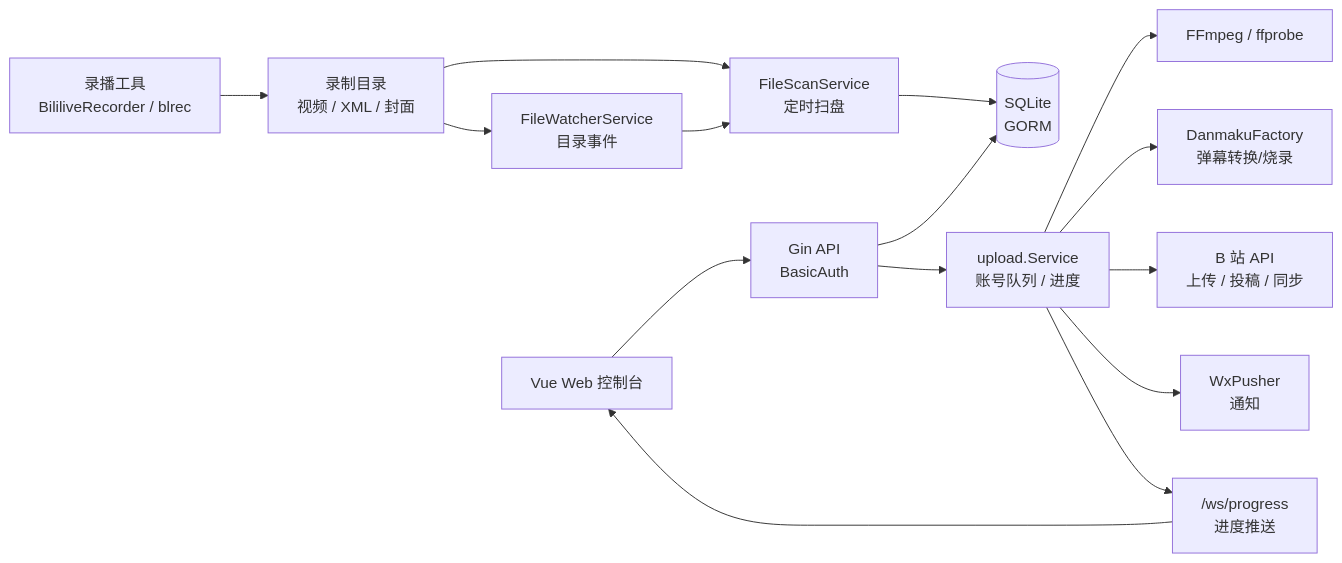
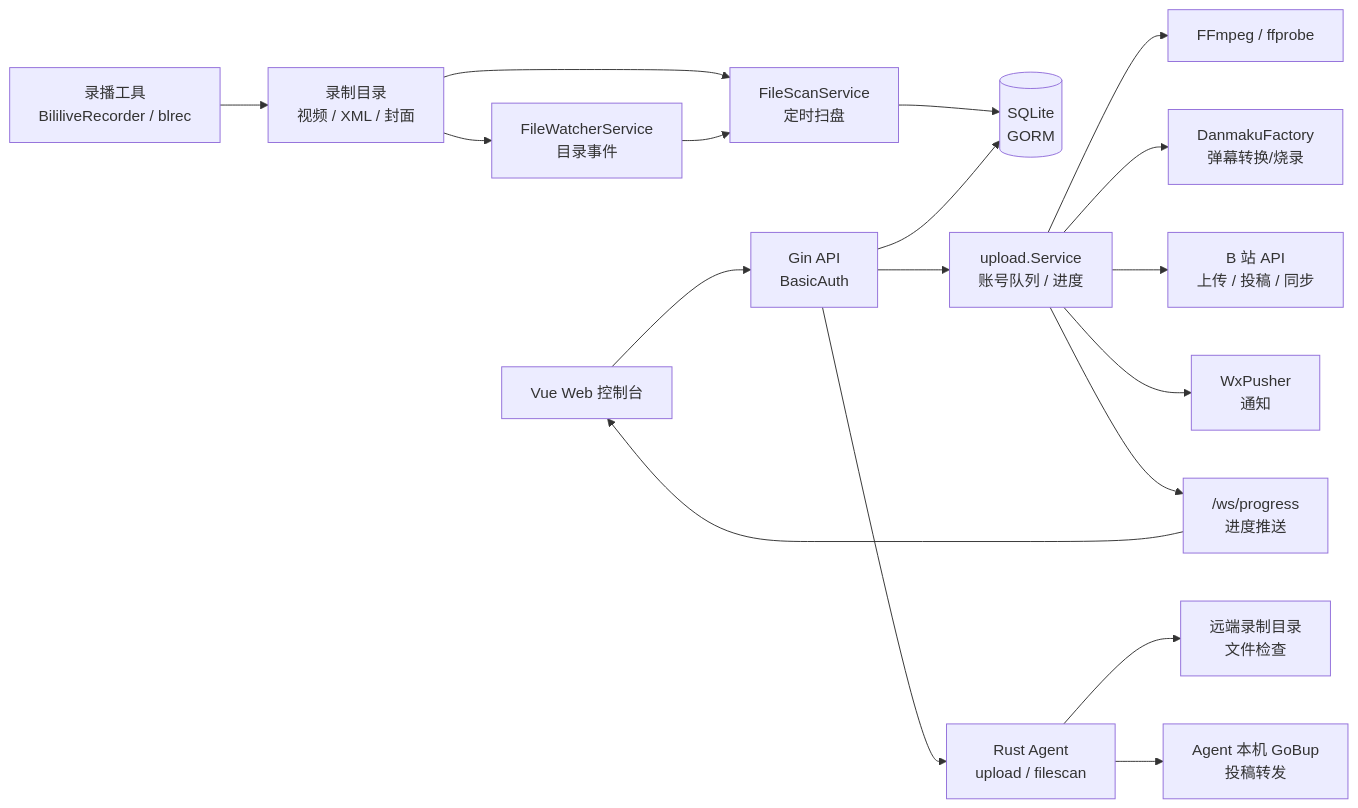
One commit to spiritLHLS/gobup changed the diagram in docs/architecture.md. Above: the diagram before and after it, drawn with Mermaid. The commit also changed other lines of this file and 36 other files, not shown here.

````diff
--- a/docs/architecture.md
+++ b/docs/architecture.md
@@ -18,17 +19,20 @@
 ```mermaid
 flowchart LR
     Recorder["录播工具<br/>BililiveRecorder / blrec"] --> Files["录制目录<br/>视频 / XML / 封面"]
     Files --> Watcher["FileWatcherService<br/>目录事件"]
     Files --> Scanner["FileScanService<br/>定时扫盘"]
     Watcher --> Scanner
     Scanner --> DB[("SQLite<br/>GORM")]
     Web["Vue Web 控制台"] --> API["Gin API<br/>BasicAuth"]
     API --> DB
     API --> Queue["upload.Service<br/>账号队列 / 进度"]
+    API --> Agent["Rust Agent<br/>upload / filescan"]
+    Agent --> RemoteFiles["远端录制目录<br/>文件检查"]
+    Agent --> LocalGoBup["Agent 本机 GoBup<br/>投稿转发"]
     Queue --> FFmpeg["FFmpeg / ffprobe"]
     Queue --> Danmaku["DanmakuFactory<br/>弹幕转换/烧录"]
     Queue --> Bili["B 站 API<br/>上传 / 投稿 / 同步"]
     Queue --> Wx["WxPusher<br/>通知"]
     Queue --> WS["/ws/progress<br/>进度推送"]
     WS --> Web
 ```
````
